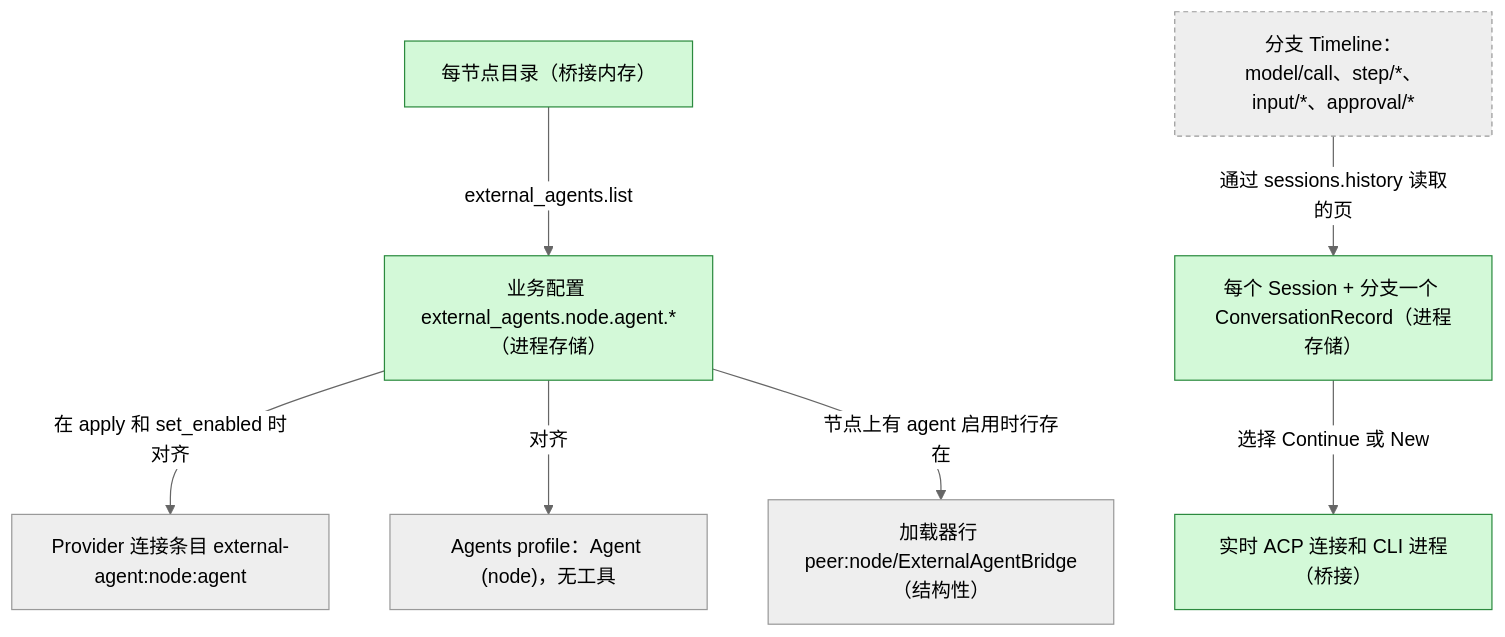
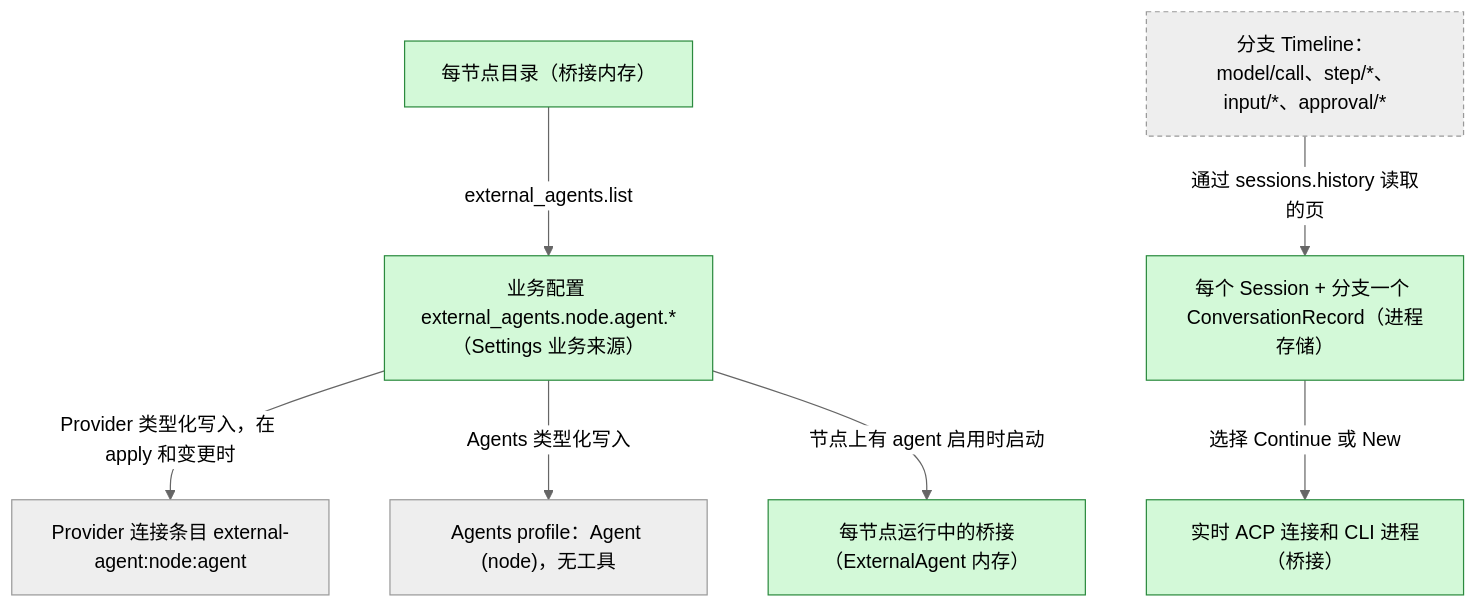
Before and after one commit to CoutinhoTTS/dim-agent: the second of 5 diagrams in docs/zh/design/plugins/ExternalAgent.md, drawn with Mermaid (neutral theme). The commit also changed other lines of this file and 42 other files, not shown here.

````diff
--- a/docs/zh/design/plugins/ExternalAgent.md
+++ b/docs/zh/design/plugins/ExternalAgent.md
@@ -55,19 +54,19 @@
 ```mermaid
 flowchart TB
   classDef new fill:#d3f9d8,stroke:#2b8a3e,color:#000
   classDef contract stroke-dasharray:4 3
-  Cfg["业务配置 external_agents.node.agent.*（进程存储）"]:::new
-  Row["加载器行 peer:node/ExternalAgentBridge（结构性）"]
+  Cfg["业务配置 external_agents.node.agent.*（Settings 业务来源）"]:::new
+  Br["每节点运行中的桥接（ExternalAgent 内存）"]:::new
   Conn["Provider 连接条目 external-agent:node:agent"]
   Prof["Agents profile：Agent (node)，无工具"]
   Rec["每个 Session + 分支一个 ConversationRecord（进程存储）"]:::new
   Cat["每节点目录（桥接内存）"]:::new
   Live["实时 ACP 连接和 CLI 进程（桥接）"]:::new
   TL["分支 Timeline：model/call、step/*、input/*、approval/*"]:::contract
-  Cfg -->|"在 apply 和 set_enabled 时对齐"| Conn
-  Cfg -->|"对齐"| Prof
-  Cfg -->|"节点上有 agent 启用时行存在"| Row
+  Cfg -->|"Provider 类型化写入，在 apply 和变更时"| Conn
+  Cfg -->|"Agents 类型化写入"| Prof
+  Cfg -->|"节点上有 agent 启用时启动"| Br
   TL -->|"通过 sessions.history 读取的页"| Rec
   Rec -->|"选择 Continue 或 New"| Live
   Cat -->|"external_agents.list"| Cfg
 ```
````
